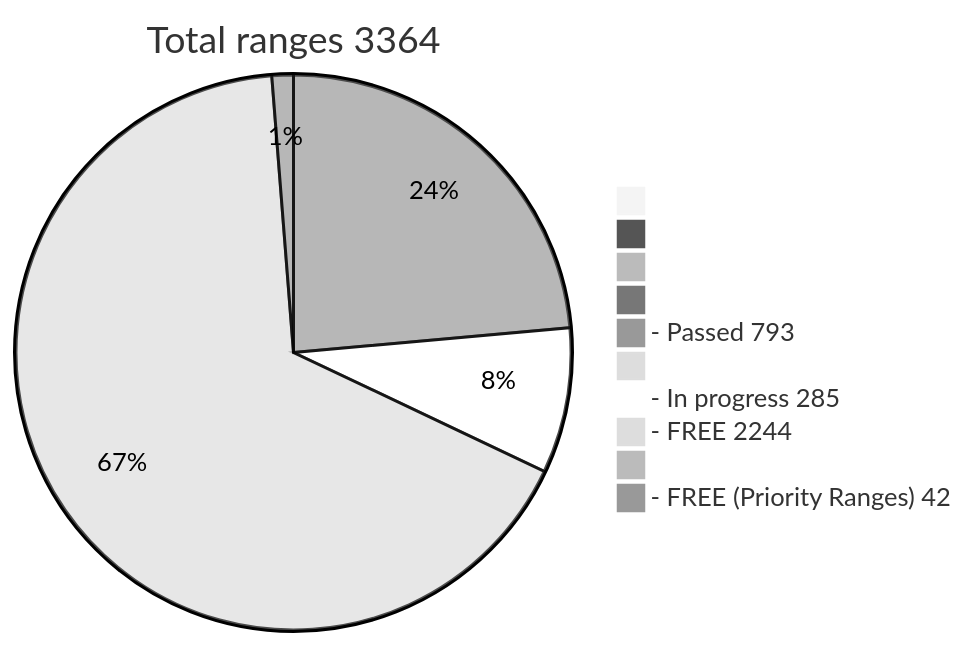
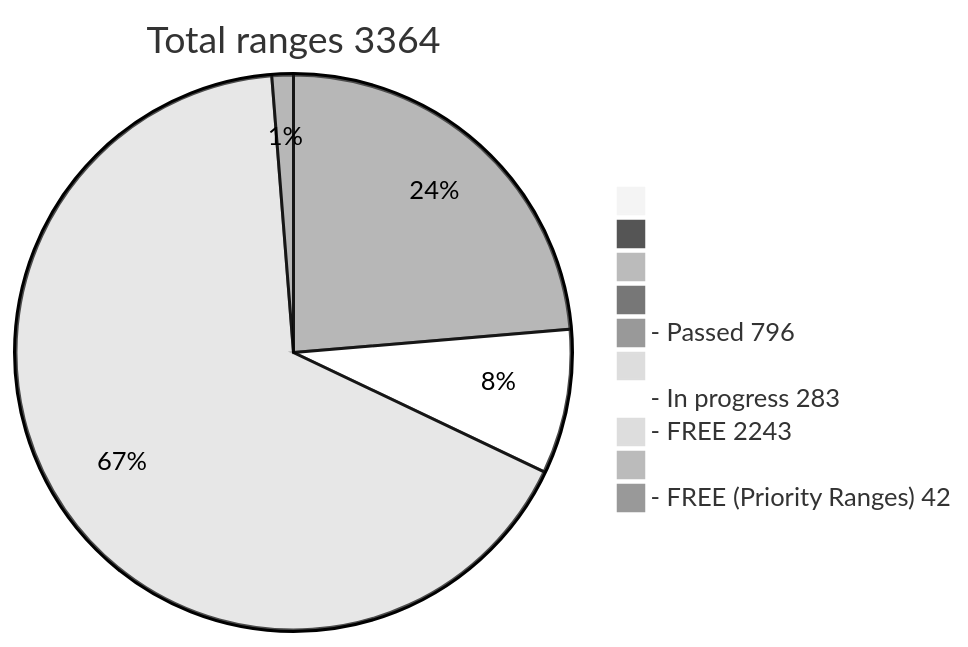
The diagram in README.md (phrutis/wif500), drawn with Mermaid (neutral theme) before and after one commit.

````diff
--- a/README.md
+++ b/README.md
@@ -16,13 +16,13 @@
 ```mermaid
 pie title Total ranges 3364
              " " : 0
             "  " : 0
            "   " : 0
           "    " : 0
-  "- Passed 793" : 793
+  "- Passed 796" : 796
          "     " : 0
-  "- In progress 285" : 285
-   "- FREE 2244" : 2244
+  "- In progress 283" : 283
+   "- FREE 2243" : 2243
         "      " : 0
   "- FREE (Priority Ranges) 42" : 42
 ```
````
